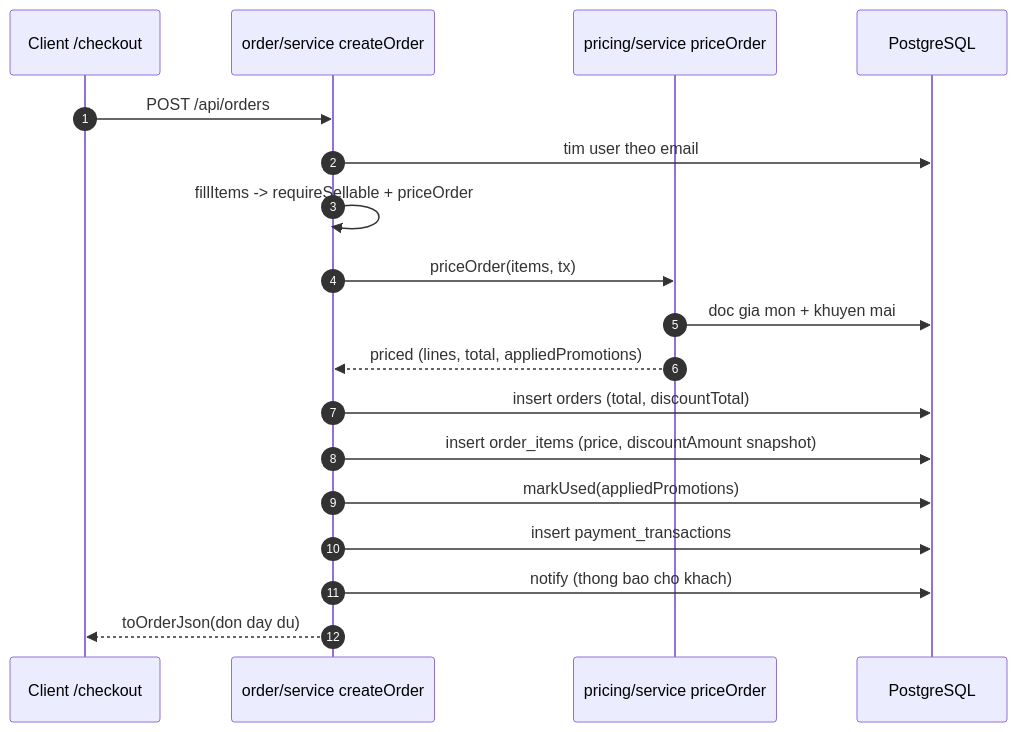
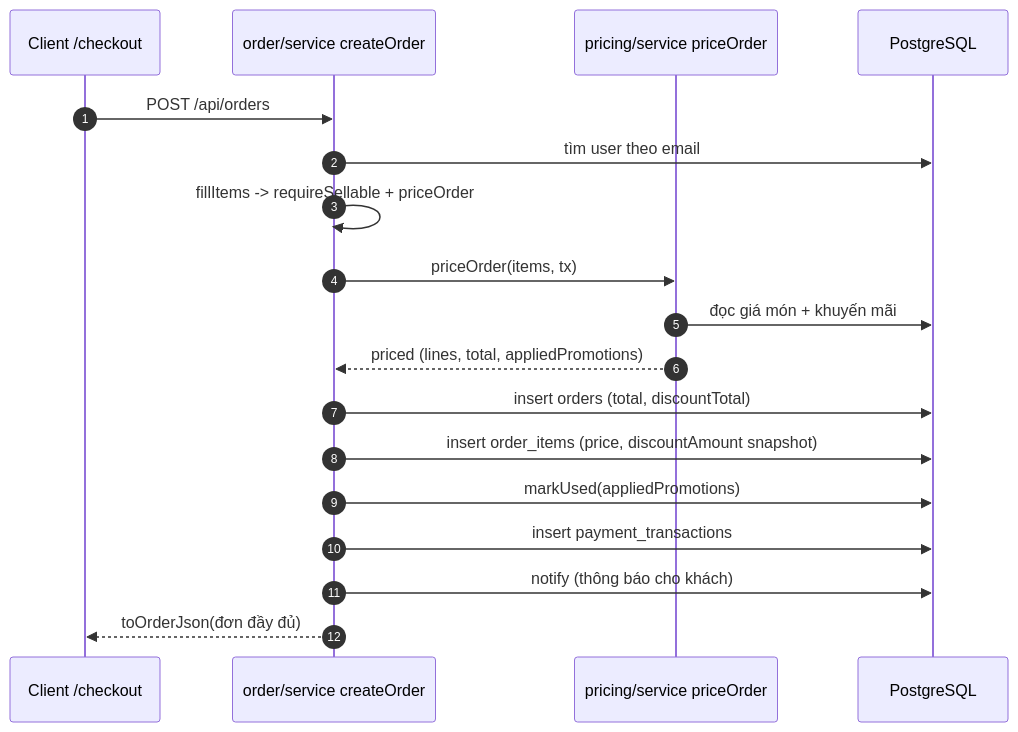
The first of 2 diagrams in wiki/Luong-dat-mon.md (nghiaxh/food-ordering), drawn with Mermaid before and after one commit. The commit also changed other lines of this file and 1 other file, not shown here.

Commit message:
docs: restore Vietnamese diacritics in chatbot and order flow pages (#155)

````diff
--- a/wiki/Luong-dat-mon.md
+++ b/wiki/Luong-dat-mon.md
@@ -14,20 +14,20 @@
 ```mermaid
 sequenceDiagram
   autonumber
   participant C as Client /checkout
   participant S as order/service createOrder
   participant P as pricing/service priceOrder
   participant D as PostgreSQL
   C->>S: POST /api/orders
-  S->>D: tim user theo email
+  S->>D: tìm user theo email
   S->>S: fillItems -> requireSellable + priceOrder
   S->>P: priceOrder(items, tx)
-  P->>D: doc gia mon + khuyen mai
+  P->>D: đọc giá món + khuyến mãi
   P-->>S: priced (lines, total, appliedPromotions)
   S->>D: insert orders (total, discountTotal)
   S->>D: insert order_items (price, discountAmount snapshot)
   S->>D: markUsed(appliedPromotions)
   S->>D: insert payment_transactions
-  S->>D: notify (thong bao cho khach)
-  S-->>C: toOrderJson(don day du)
+  S->>D: notify (thông báo cho khách)
+  S-->>C: toOrderJson(đơn đầy đủ)
 ```
````
